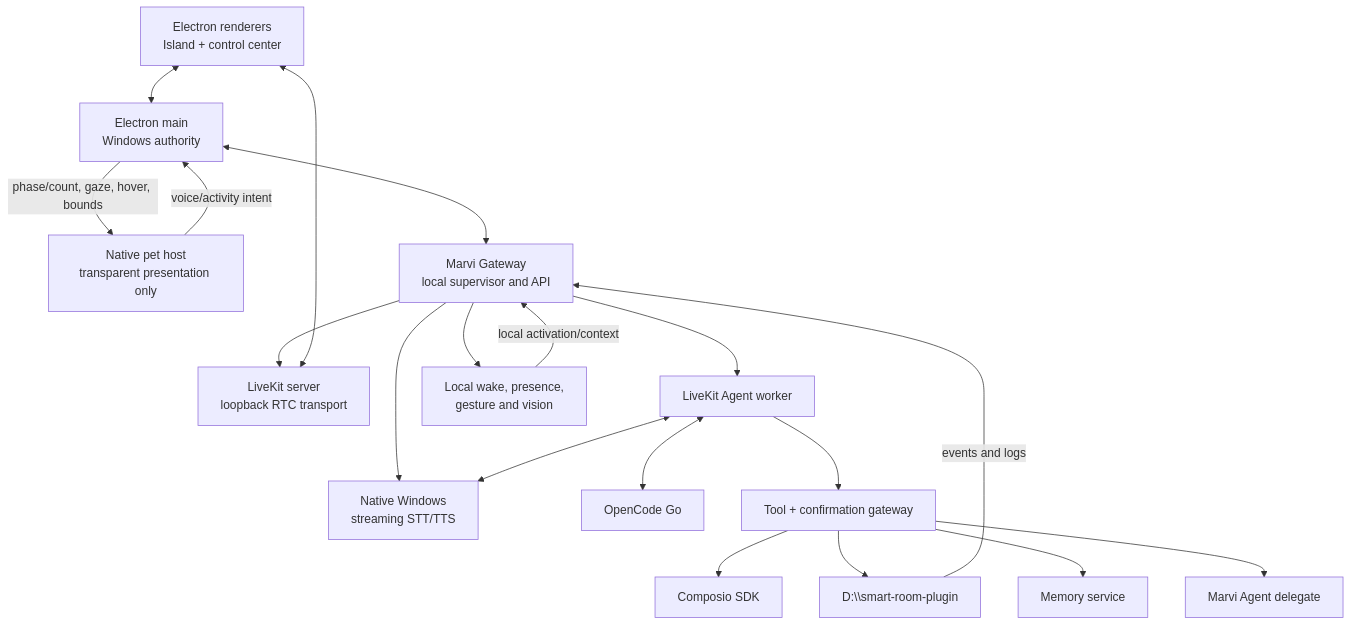
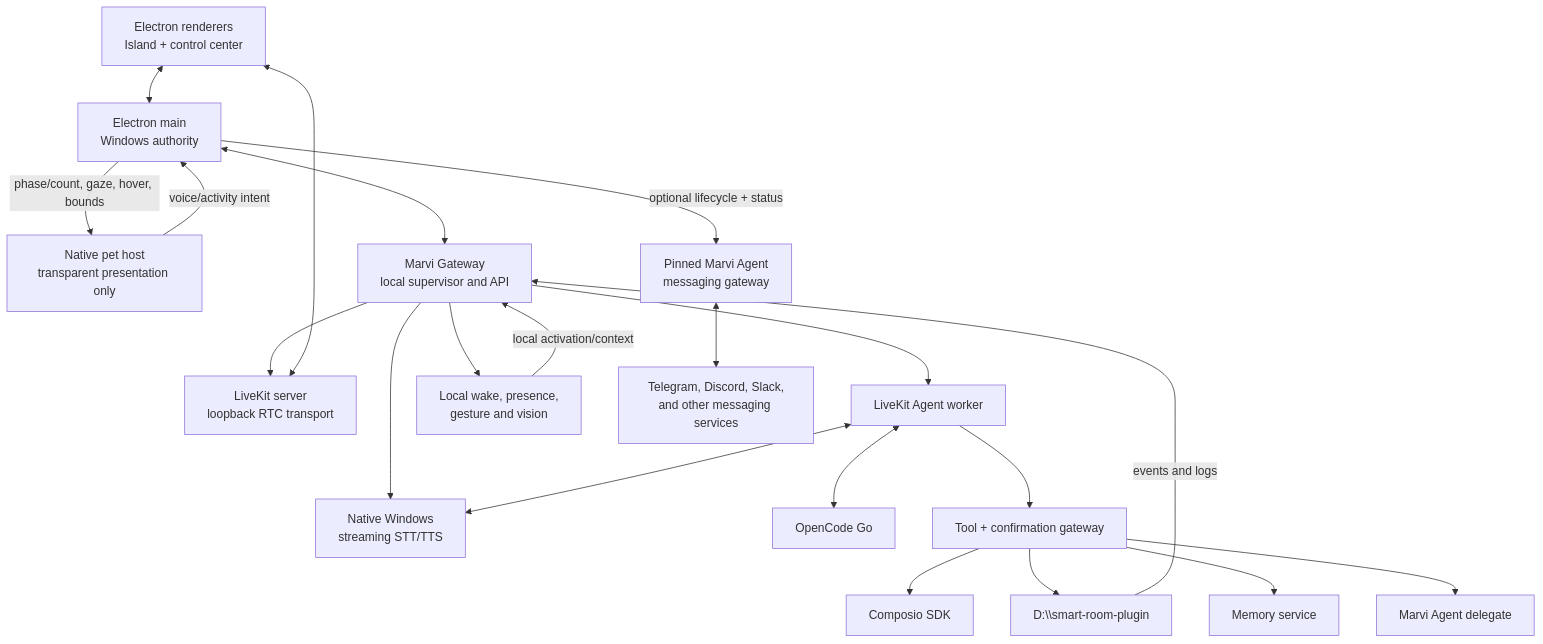
One commit to xRetr00/Marvi-OS changed the diagram in docs/ARCHITECTURE.md. Above: the diagram before and after it, drawn with Mermaid. The commit also changed other lines of this file and 22 other files, not shown here.

````diff
--- a/docs/ARCHITECTURE.md
+++ b/docs/ARCHITECTURE.md
@@ -11,36 +11,40 @@
 ```mermaid
 flowchart TB
     UI["Electron renderers<br/>Island + control center"]
     Main["Electron main<br/>Windows authority"]
     Pet["Native pet host<br/>transparent presentation only"]
     Gateway["Marvi Gateway<br/>local supervisor and API"]
     LK["LiveKit server<br/>loopback RTC transport"]
     Agent["LiveKit Agent worker"]
     Voice["Native Windows<br/>streaming STT/TTS"]
     Sensors["Local wake, presence,<br/>gesture and vision"]
     LLM["OpenCode Go"]
     Tools["Tool + confirmation gateway"]
     Composio["Composio SDK"]
     Room["D:\\smart-room-plugin"]
     Memory["Memory service"]
     Deep["Marvi Agent delegate"]
+    Messaging["Pinned Marvi Agent<br/>messaging gateway"]
+    Channels["Telegram, Discord, Slack,<br/>and other messaging services"]
 
     UI <--> Main
     Main -->|phase/count, gaze, hover, bounds| Pet
     Pet -->|voice/activity intent| Main
     Main <--> Gateway
     Gateway --> LK
     Gateway --> Agent
     Gateway --> Voice
     Gateway --> Sensors
     UI <--> LK
     Agent <--> Voice
     Agent <--> LLM
     Agent --> Tools
     Tools --> Composio
     Tools --> Room
     Tools --> Memory
     Tools --> Deep
+    Main -->|optional lifecycle + status| Messaging
+    Messaging <--> Channels
     Room -->|events and logs| Gateway
     Sensors -->|local activation/context| Gateway
 ```
````
